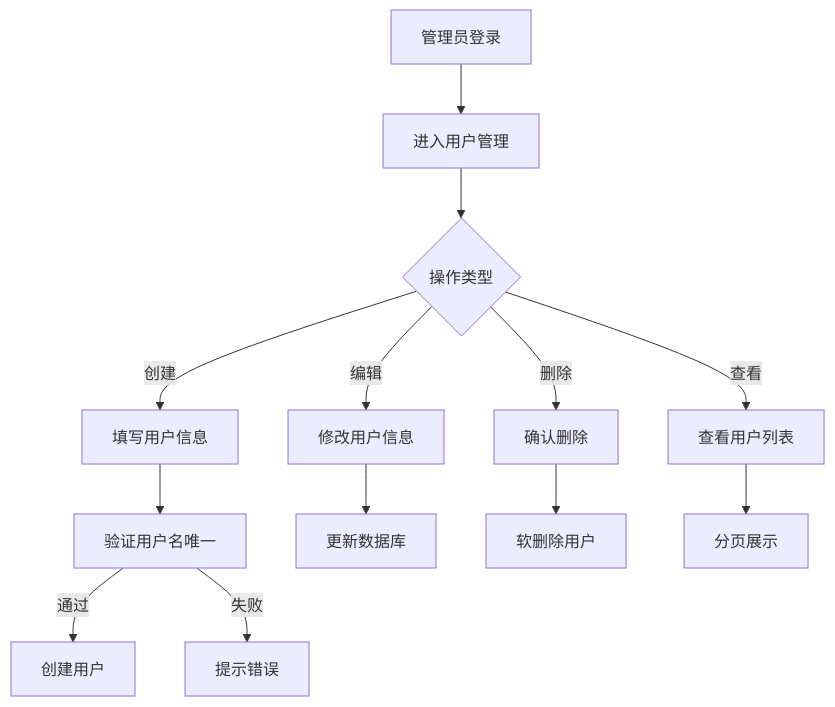
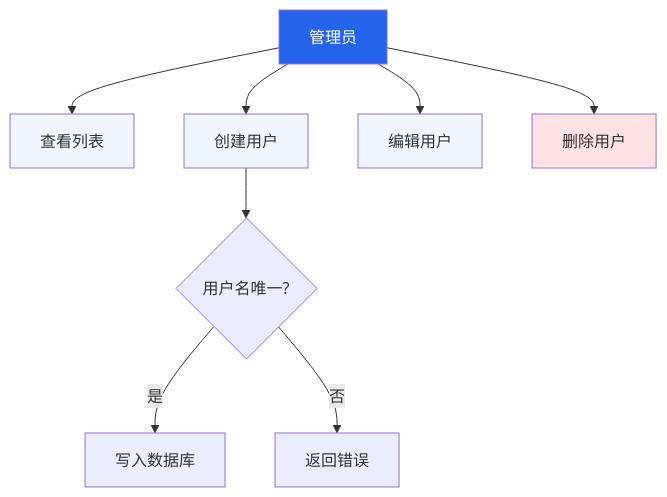
The third of 8 diagrams in docs/api.md (xt765/ResumeScreening), drawn with Mermaid before and after one commit. The commit also changed other lines of this file and 5 other files, not shown here.

Commit message:
refactor: remove similarity score and update documentation diagrams

````diff
--- a/docs/api.md
+++ b/docs/api.md
@@ -117,17 +111,17 @@
 ```mermaid
-graph TB
-    A[管理员登录] --> B[进入用户管理]
-    B --> C{操作类型}
-    C -->|创建| D[填写用户信息]
-    C -->|编辑| E[修改用户信息]
-    C -->|删除| F[确认删除]
-    C -->|查看| G[查看用户列表]
+graph TD
+    Admin[管理员] --> List[查看列表]
+    Admin --> Create[创建用户]
+    Admin --> Edit[编辑用户]
+    Admin --> Delete[删除用户]
     
-    D --> H[验证用户名唯一]
-    H -->|通过| I[创建用户]
-    H -->|失败| J[提示错误]
+    Create --> Check{用户名唯一?}
+    Check -->|是| DB[写入数据库]
+    Check -->|否| Error[返回错误]
     
-    E --> K[更新数据库]
-    F --> L[软删除用户]
-    G --> M[分页展示]
+    style Admin fill:#2563eb,color:#fff
+    style List fill:#eff6ff
+    style Create fill:#eff6ff
+    style Edit fill:#eff6ff
+    style Delete fill:#fee2e2
 ```
````
